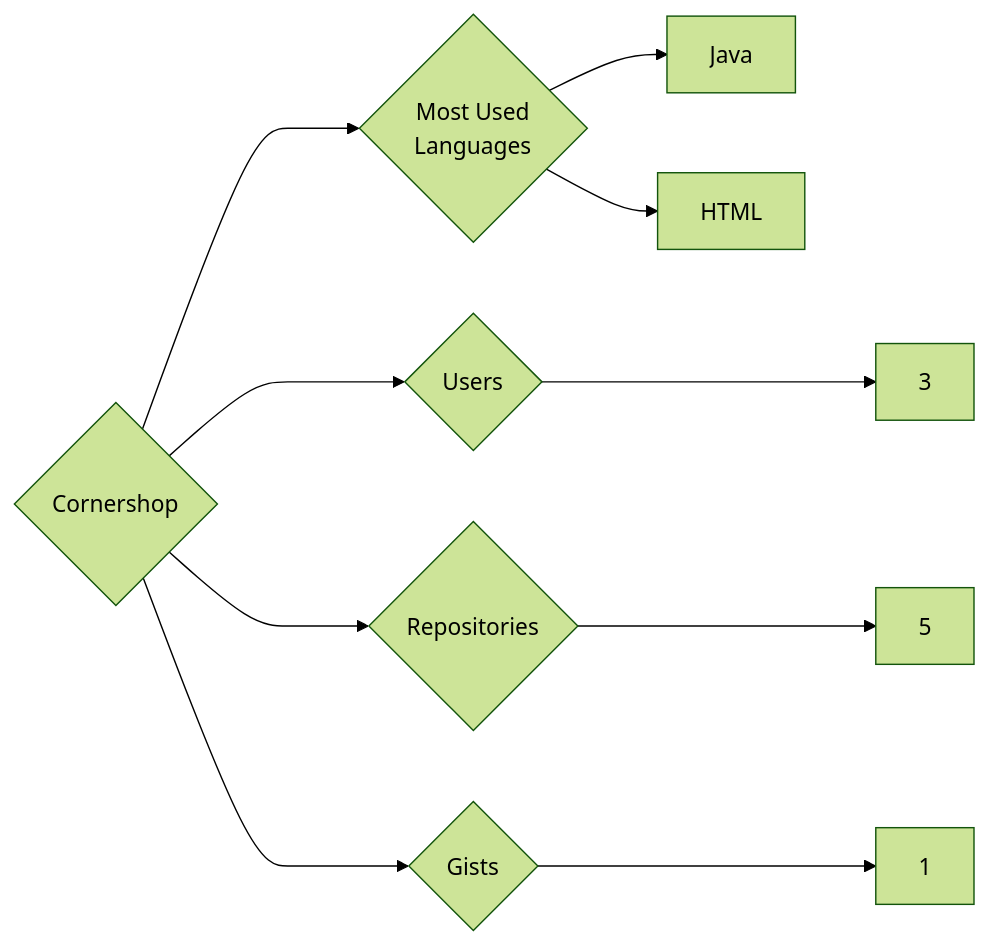
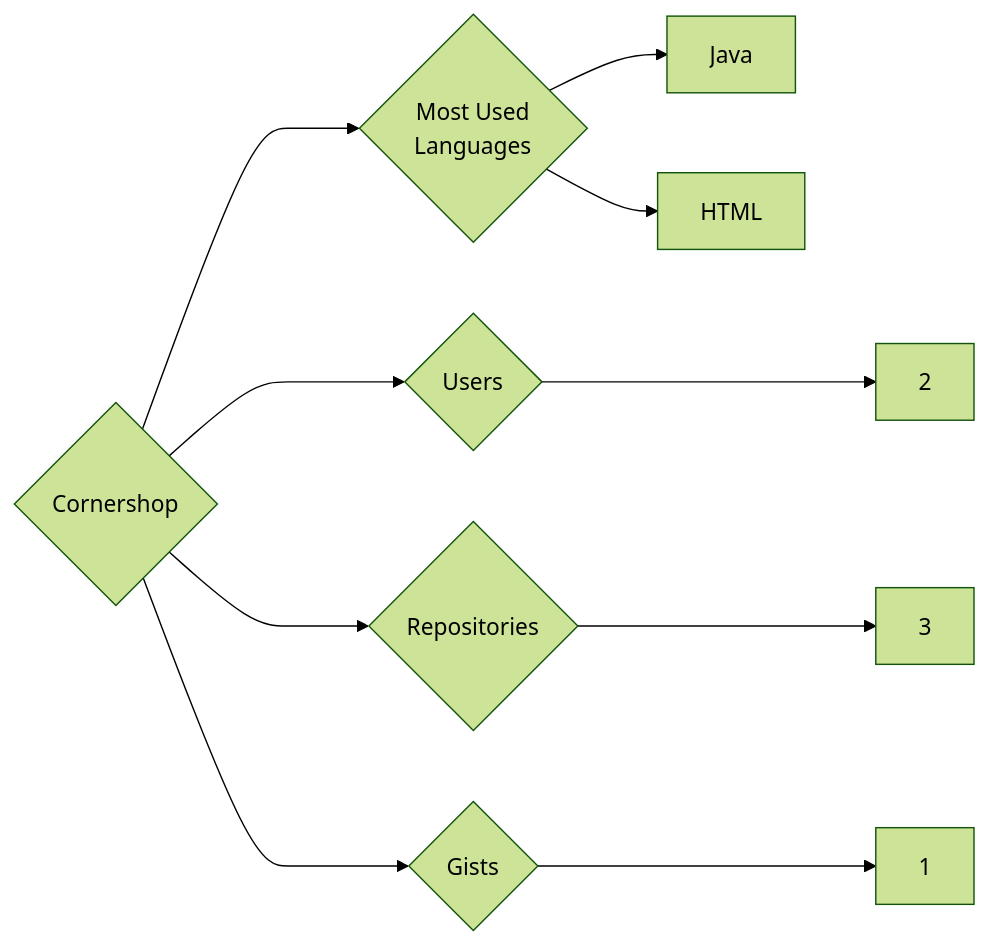
The diagram in targets/Cornershop/README.md (trickest/insiders), drawn with Mermaid (forest theme) before and after one commit. The commit also changed 1036 other files, not shown here.

````diff
--- a/targets/Cornershop/README.md
+++ b/targets/Cornershop/README.md
@@ -3,10 +3,10 @@
 ```mermaid
 graph LR
 COMPANY_NAME{Cornershop}
-COMPANY_NAME ---> U{Users} ---> UN[3]
-COMPANY_NAME ---> R{Repositories} ---> RN[5]
+COMPANY_NAME ---> U{Users} ---> UN[2]
+COMPANY_NAME ---> R{Repositories} ---> RN[3]
 COMPANY_NAME ---> G{Gists} ---> GN[1]
 COMPANY_NAME ---> ML{Most Used<br>Languages}
 ML --> Java[Java]
 ML --> HTML[HTML]
 ```
````
